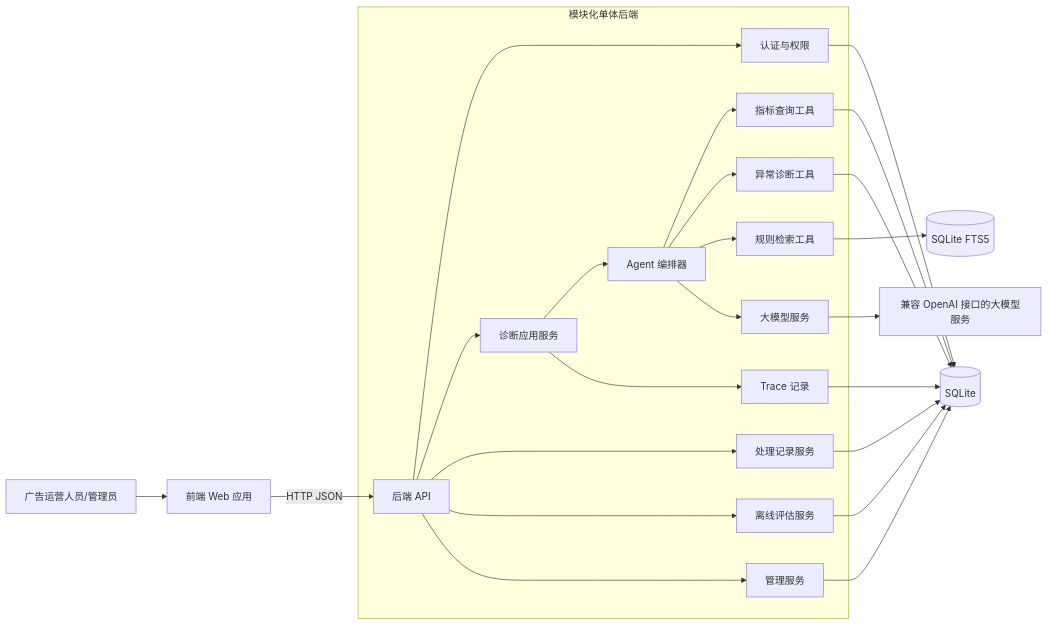
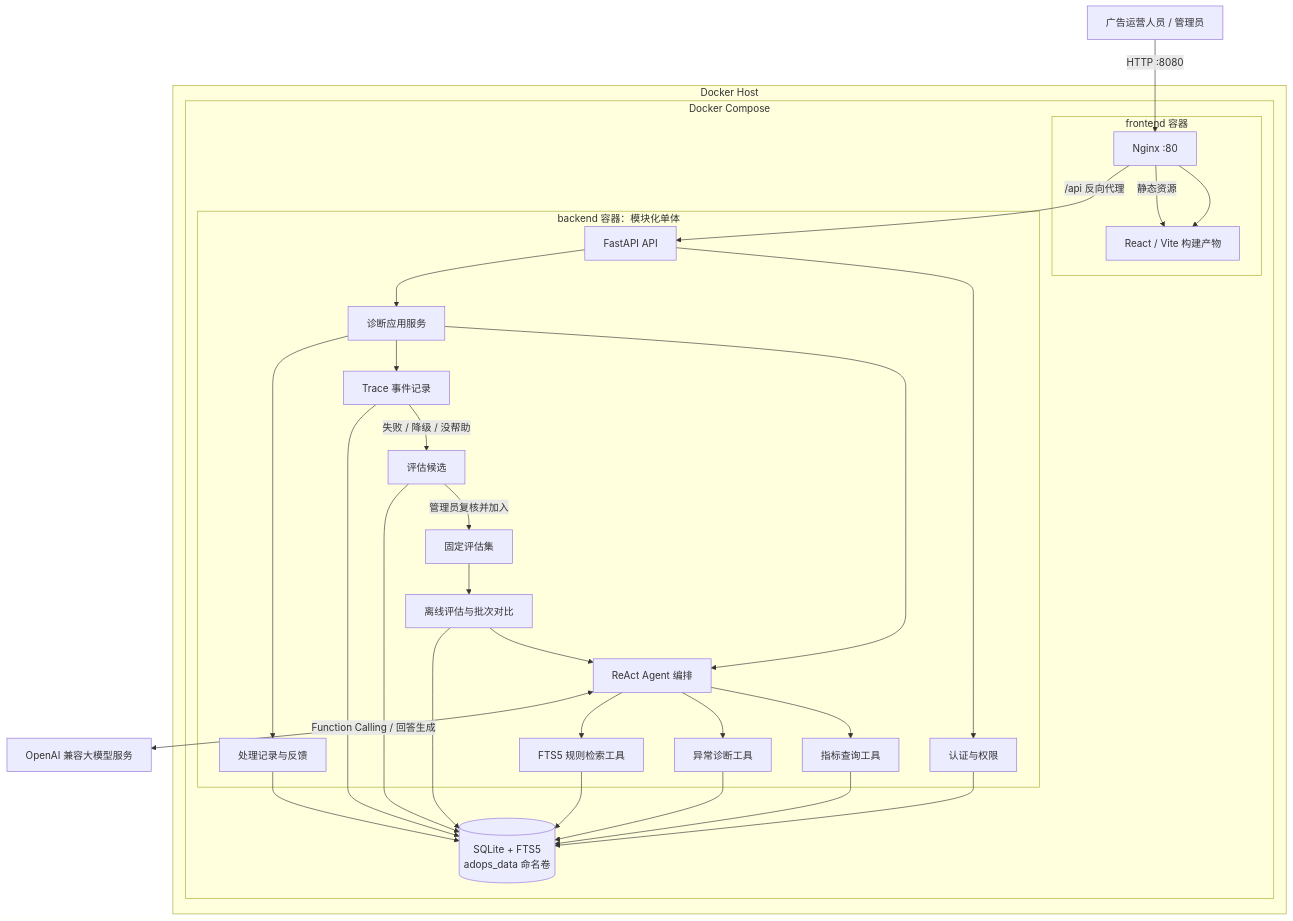
One commit to 00loveU/adops-support-copilot changed the first of 4 diagrams in ARCHITECTURE.md. Above: the diagram before and after it, drawn with Mermaid. The commit also changed other lines of this file and 24 other files, not shown here.

````diff
--- a/ARCHITECTURE.md
+++ b/ARCHITECTURE.md
@@ -32,29 +32,56 @@
 ```mermaid
-flowchart LR
-    U[广告运营人员/管理员] --> FE[前端 Web 应用]
-    FE -->|HTTP JSON| API[后端 API]
+flowchart TB
+    USER[广告运营人员 / 管理员]
+    LLM[OpenAI 兼容大模型服务]
 
-    subgraph Backend[模块化单体后端]
-        API --> AUTH[认证与权限]
-        API --> APP[诊断应用服务]
-        APP --> ORCH[Agent 编排器]
-        ORCH --> METRIC[指标查询工具]
-        ORCH --> DIAG[异常诊断工具]
-        ORCH --> RAG[规则检索工具]
-        ORCH --> LLM[大模型服务]
-        APP --> TRACE[Trace 记录]
-        API --> RECORD[处理记录服务]
-        API --> EVAL[离线评估服务]
-        API --> ADMIN[管理服务]
+    subgraph HOST[Docker Host]
+        subgraph COMPOSE[Docker Compose]
+            subgraph FRONTEND[frontend 容器]
+                NGINX[Nginx :80]
+                SPA[React / Vite 构建产物]
+                NGINX --> SPA
+            end
+
+            subgraph BACKEND[backend 容器：模块化单体]
+                API[FastAPI API]
+                AUTH[认证与权限]
+                APP[诊断应用服务]
+                ORCH[ReAct Agent 编排]
+                METRIC[指标查询工具]
+                DIAG[异常诊断工具]
+                RAG[FTS5 规则检索工具]
+                TRACE[Trace 事件记录]
+                RECORD[处理记录与反馈]
+                CANDIDATE[评估候选]
+                CASES[固定评估集]
+                EVAL[离线评估与批次对比]
+
+                API --> AUTH
+                API --> APP --> ORCH
+                ORCH --> METRIC
+                ORCH --> DIAG
+                ORCH --> RAG
+                APP --> TRACE
+                APP --> RECORD
+                TRACE -->|失败 / 降级 / 没帮助| CANDIDATE
+                CANDIDATE -->|管理员复核并加入| CASES
+                CASES --> EVAL --> ORCH
+            end
+
+            DATA[(SQLite + FTS5\nadops_data 命名卷)]
+            AUTH --> DATA
+            METRIC --> DATA
+            DIAG --> DATA
+            RAG --> DATA
+            TRACE --> DATA
+            RECORD --> DATA
+            CANDIDATE --> DATA
+            EVAL --> DATA
+        end
     end
 
-    METRIC --> DB[(SQLite)]
-    DIAG --> DB
-    RAG --> FTS[(SQLite FTS5)]
-    AUTH --> DB
-    TRACE --> DB
-    RECORD --> DB
-    EVAL --> DB
-    ADMIN --> DB
-    LLM --> PROVIDER[兼容 OpenAI 接口的大模型服务]
+    USER -->|HTTP :8080| NGINX
+    NGINX -->|静态资源| SPA
+    NGINX -->|/api 反向代理| API
+    ORCH <-->|Function Calling / 回答生成| LLM
 ```
````
